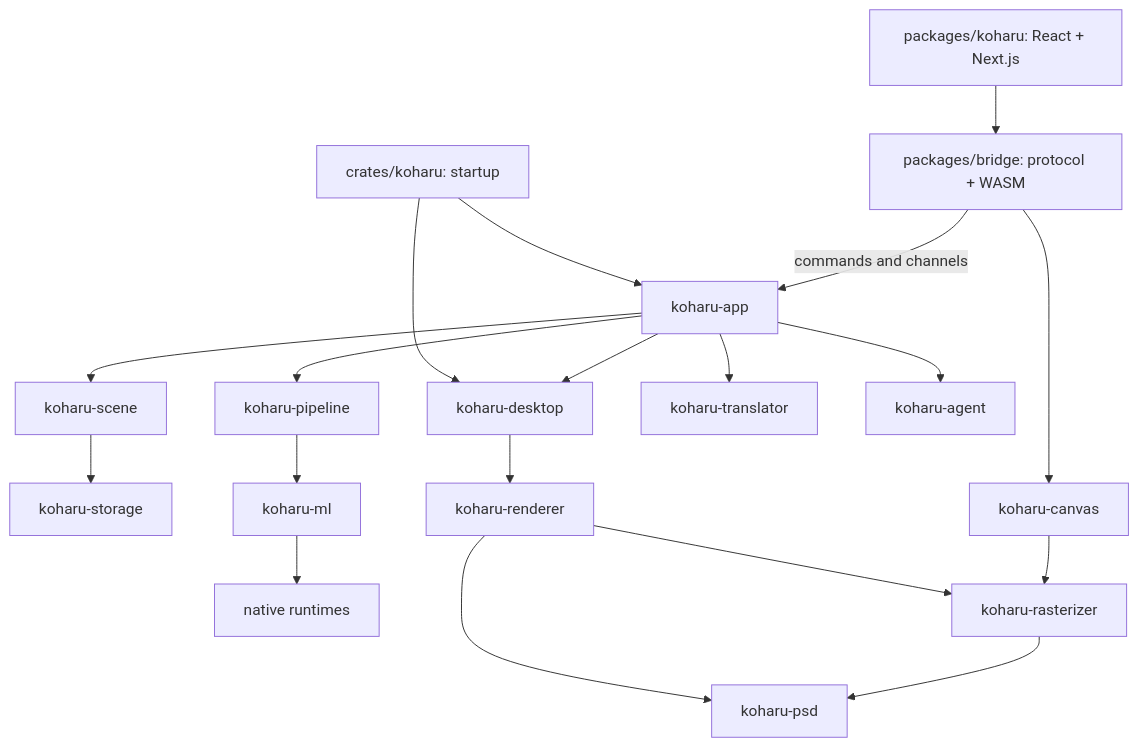
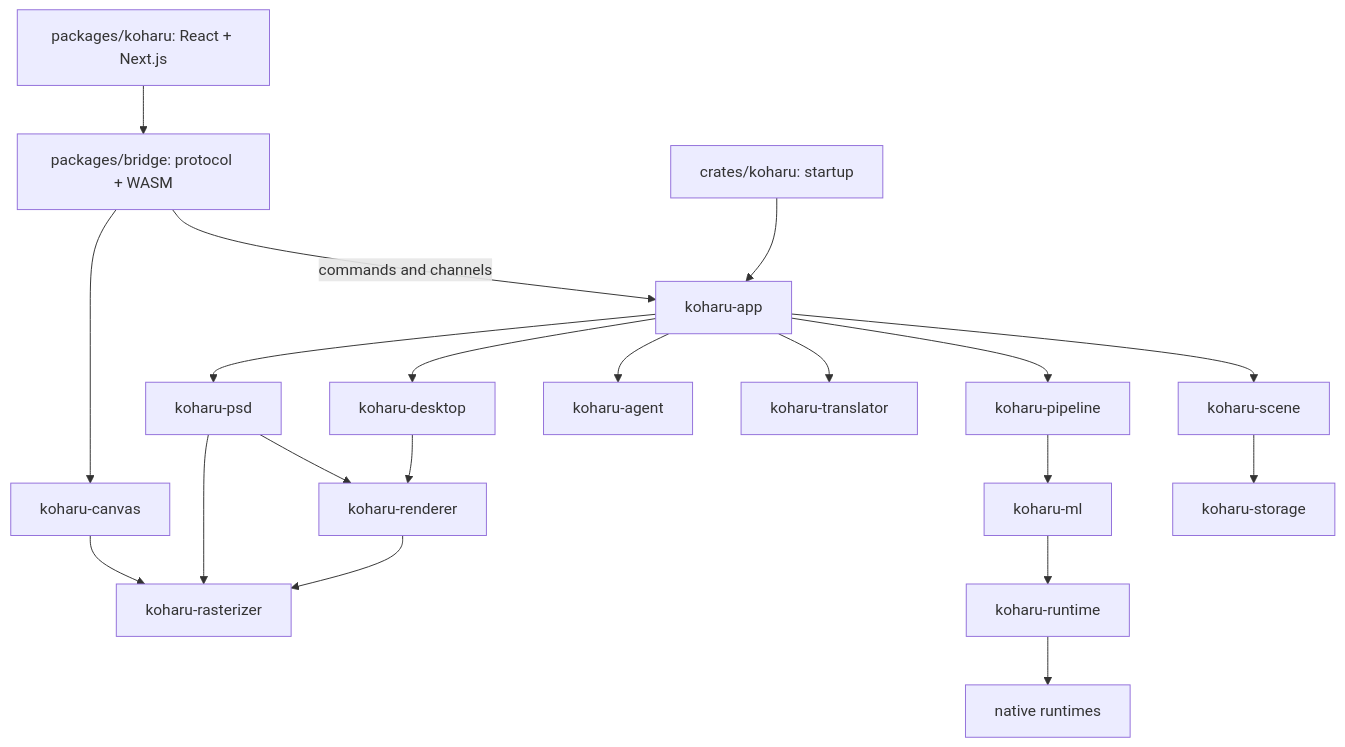
Before and after one commit to GarryMS/koharu: the diagram in packages/docs/en/development/architecture.mdx, drawn with Mermaid. The commit also changed other lines of this file and 69 other files, not shown here.

````diff
--- a/packages/docs/en/development/architecture.mdx
+++ b/packages/docs/en/development/architecture.mdx
@@ -9,15 +9,14 @@
 ```mermaid
 flowchart TB
   ui["packages/koharu: React + Next.js"] --> bridge["packages/bridge: protocol + WASM"]
   entry["crates/koharu: startup"] --> app["koharu-app"]
-  entry --> desktop["koharu-desktop"]
   bridge -->|"commands and channels"| app
   app --> scene["koharu-scene"] --> storage["koharu-storage"]
-  app --> pipeline["koharu-pipeline"] --> ml["koharu-ml"] --> runtime["native runtimes"]
+  app --> pipeline["koharu-pipeline"] --> ml["koharu-ml"] --> runtime["koharu-runtime"] --> native["native runtimes"]
   app --> translator["koharu-translator"]
   app --> agent["koharu-agent"]
-  app --> desktop --> renderer["koharu-renderer"] --> rasterizer["koharu-rasterizer"]
+  app --> desktop["koharu-desktop"] --> renderer["koharu-renderer"] --> rasterizer["koharu-rasterizer"]
   bridge --> canvas["koharu-canvas"] --> rasterizer
-  renderer --> psd["koharu-psd"]
-  rasterizer --> psd
+  app --> psd["koharu-psd"] --> renderer
+  psd --> rasterizer
 ```
````
